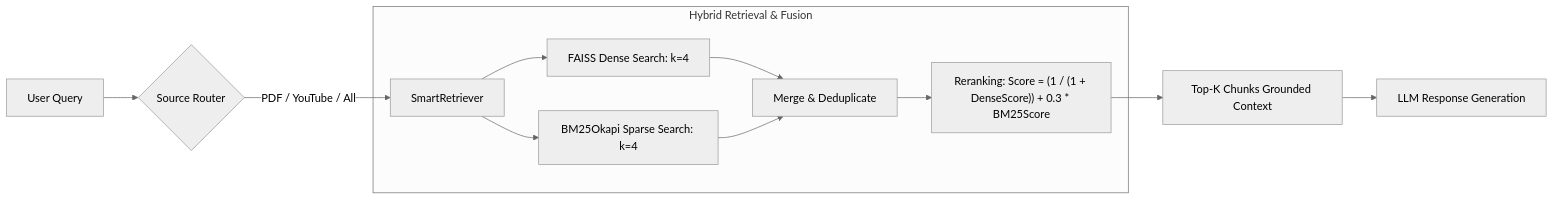
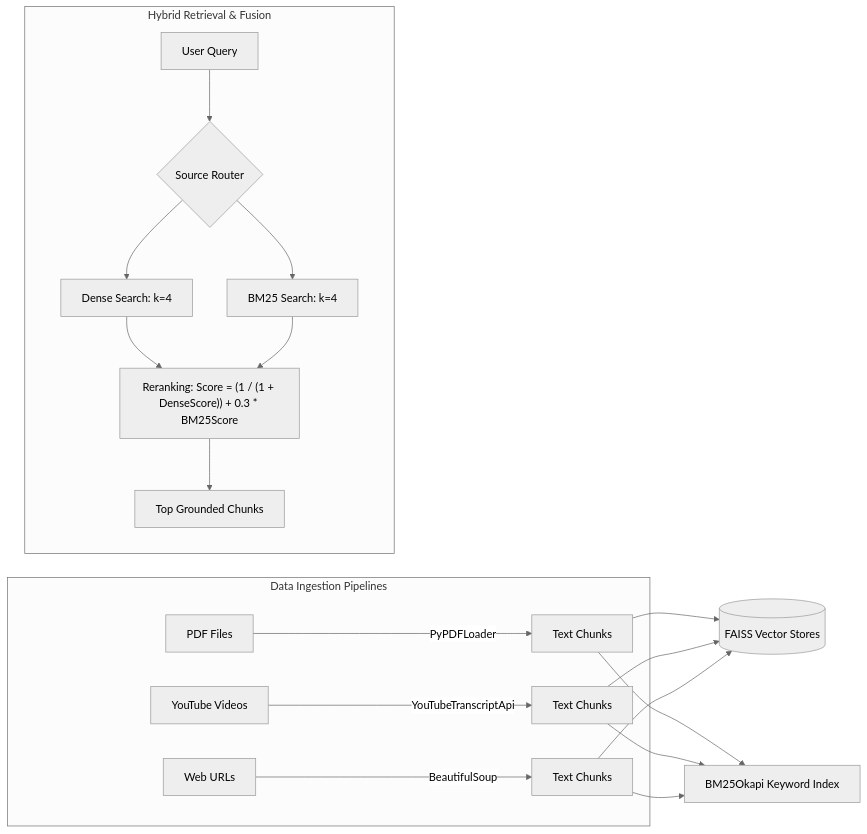
The second of 4 diagrams in README.md (MAbdullah005/NexusAI-Agentic-RAG-Assistant), drawn with Mermaid (neutral theme) before and after one commit. The commit also changed other lines of this file and 89 other files, not shown here.

````diff
--- a/README.md
+++ b/README.md
@@ -145,16 +190,25 @@
 ```mermaid
 flowchart LR
-    UserQuery[User Query] --> SourceRouter{Source Router}
-    SourceRouter -->|PDF / YouTube / All| SmartRetriever
-    
-    subgraph Retrieval[Hybrid Retrieval & Fusion]
-        SmartRetriever --> DenseSearch[FAISS Dense Search: k=4]
-        SmartRetriever --> SparseSearch[BM25Okapi Sparse Search: k=4]
-        DenseSearch --> Merge[Merge & Deduplicate]
-        SparseSearch --> Merge
-        Merge --> Rerank["Reranking: Score = (1 / (1 + DenseScore)) + 0.3 * BM25Score"]
+    subgraph Ingestion[Data Ingestion Pipelines]
+        PDF[PDF Files] -->|PyPDFLoader| PDFChunks[Text Chunks]
+        YT[YouTube Videos] -->|YouTubeTranscriptApi| YTChunks[Text Chunks]
+        WEB[Web URLs] -->|BeautifulSoup| WEBChunks[Text Chunks]
     end
-    
-    Rerank --> TopK[Top-K Chunks Grounded Context]
-    TopK --> LLM[LLM Response Generation]
+
+    PDFChunks --> FAISS_INDEX[(FAISS Vector Stores)]
+    YTChunks --> FAISS_INDEX
+    WEBChunks --> FAISS_INDEX
+
+    PDFChunks --> BM25_INDEX[BM25Okapi Keyword Index]
+    YTChunks --> BM25_INDEX
+    WEBChunks --> BM25_INDEX
+
+    subgraph QueryExecution[Hybrid Retrieval & Fusion]
+        Q[User Query] --> Router{Source Router}
+        Router --> Dense[Dense Search: k=4]
+        Router --> Sparse[BM25 Search: k=4]
+        Dense --> ScoreFusion["Reranking: Score = (1 / (1 + DenseScore)) + 0.3 * BM25Score"]
+        Sparse --> ScoreFusion
+        ScoreFusion --> TopChunks[Top Grounded Chunks]
+    end
 ```
````
